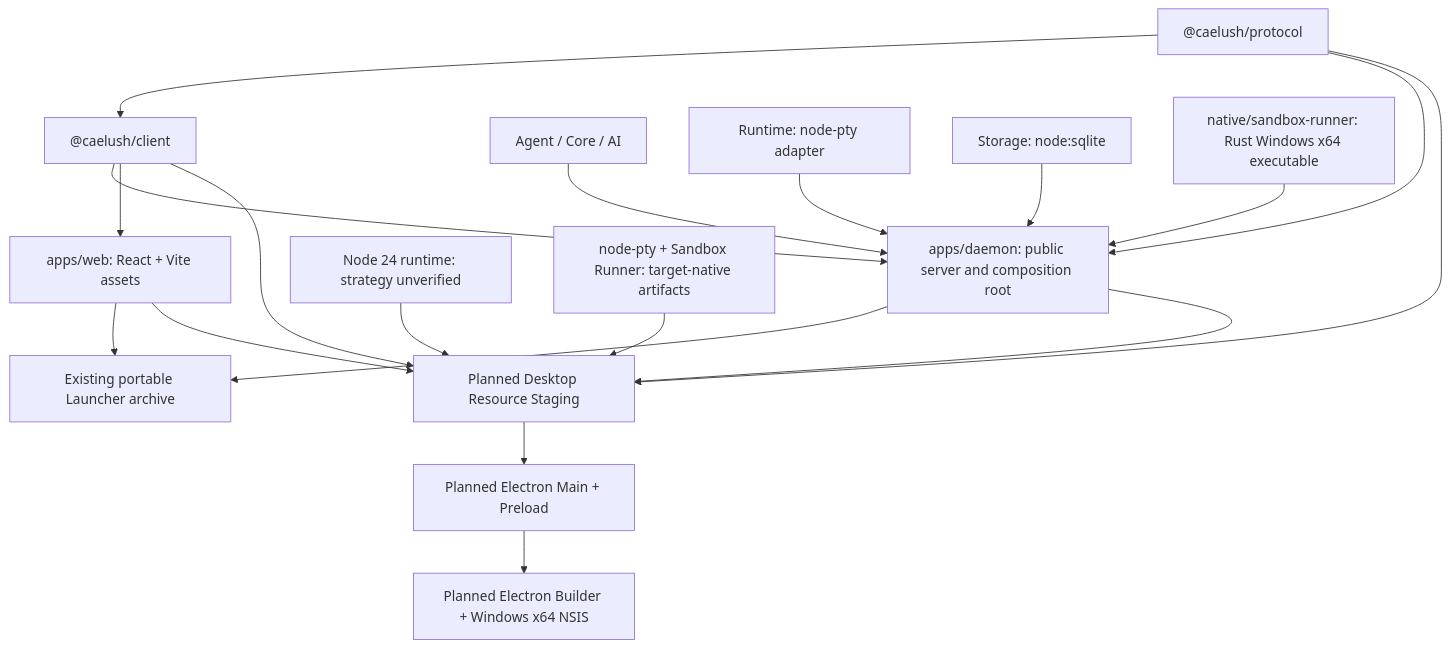
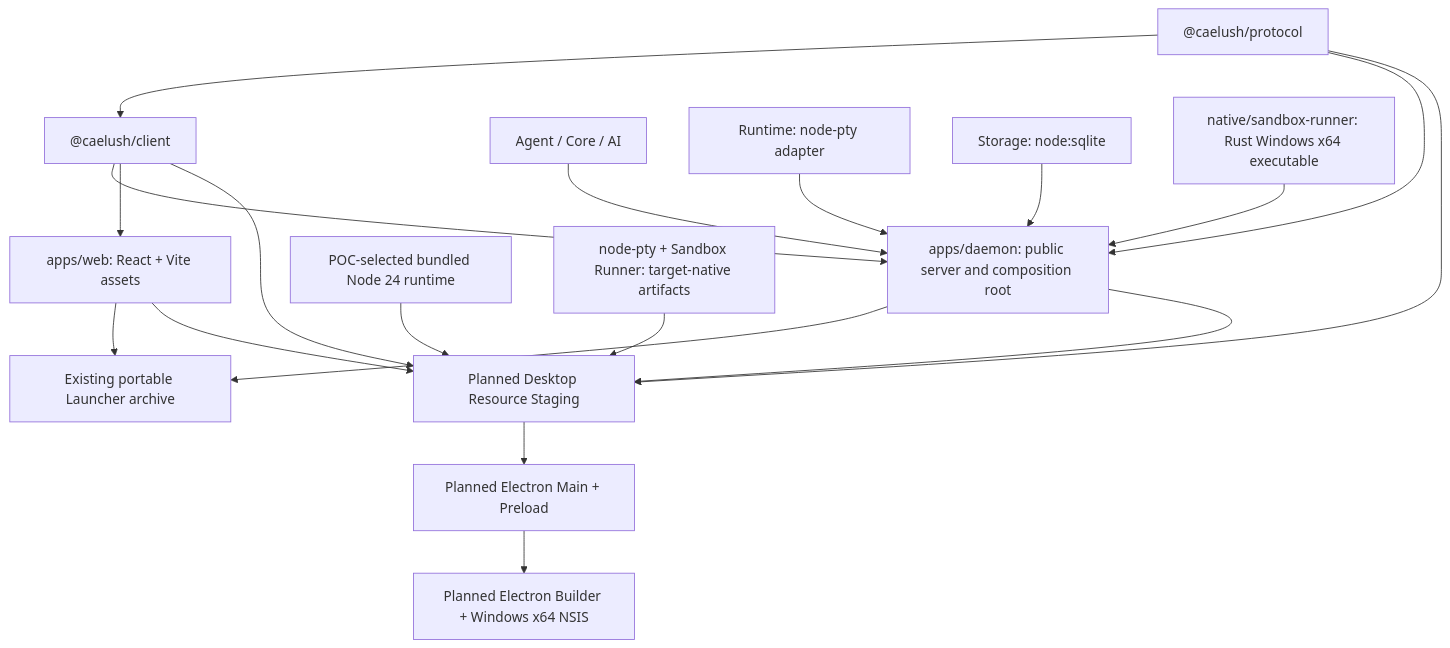
One commit to GehrmannMerlin/Caelush changed the diagram in docs/architecture/desktop/desktop-build-graph.md. Above: the diagram before and after it, drawn with Mermaid. The commit also changed other lines of this file and 11 other files, not shown here.

````diff
--- a/docs/architecture/desktop/desktop-build-graph.md
+++ b/docs/architecture/desktop/desktop-build-graph.md
@@ -16,22 +16,22 @@
 ```mermaid
 flowchart TD
   Protocol["@caelush/protocol"] --> Client["@caelush/client"]
   Protocol --> Daemon["apps/daemon: public server and composition root"]
   Client --> Daemon
   Client --> Web["apps/web: React + Vite assets"]
   Agent["Agent / Core / AI"] --> Daemon
   Runtime["Runtime: node-pty adapter"] --> Daemon
   Storage["Storage: node:sqlite"] --> Daemon
   Sandbox["native/sandbox-runner: Rust Windows x64 executable"] --> Daemon
   Daemon --> Portable["Existing portable Launcher archive"]
   Web --> Portable
 
   Protocol --> Staging["Planned Desktop Resource Staging"]
   Client --> Staging
   Daemon --> Staging
   Web --> Staging
-  Node["Node 24 runtime: strategy unverified"] --> Staging
+  Node["POC-selected bundled Node 24 runtime"] --> Staging
   Native["node-pty + Sandbox Runner: target-native artifacts"] --> Staging
   Staging --> Main["Planned Electron Main + Preload"]
   Main --> Installer["Planned Electron Builder + Windows x64 NSIS"]
 ```
````
